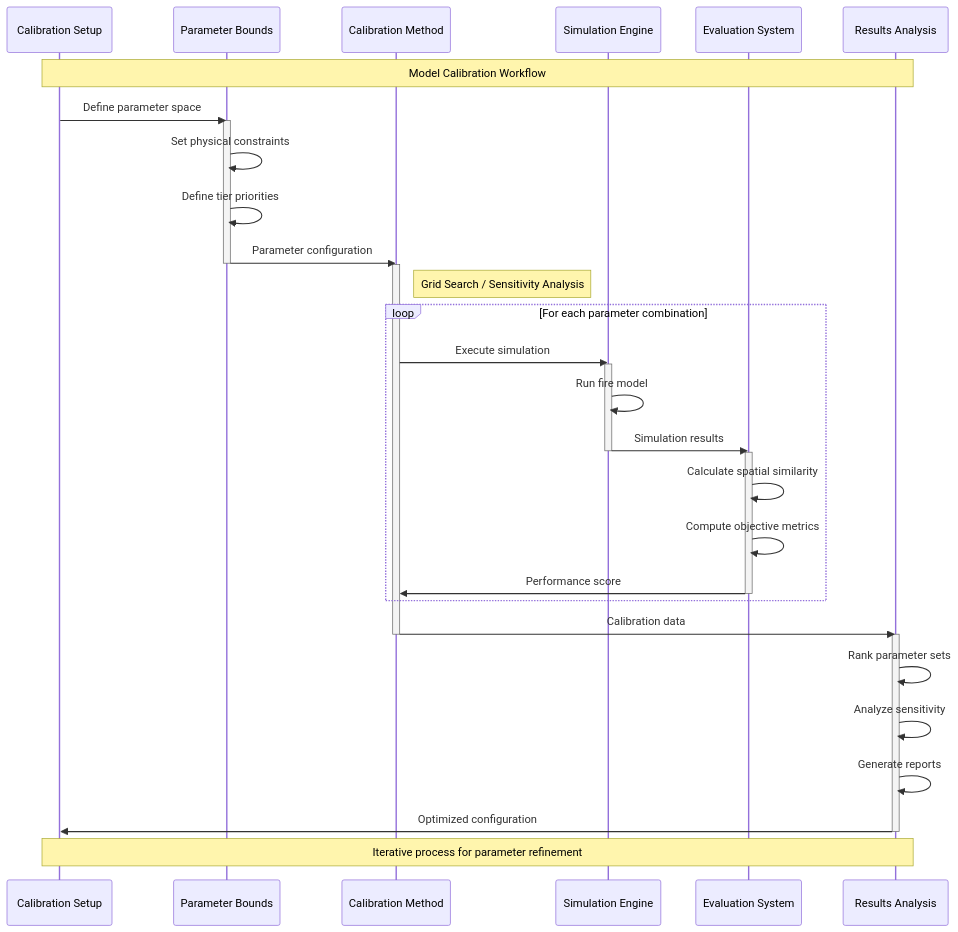
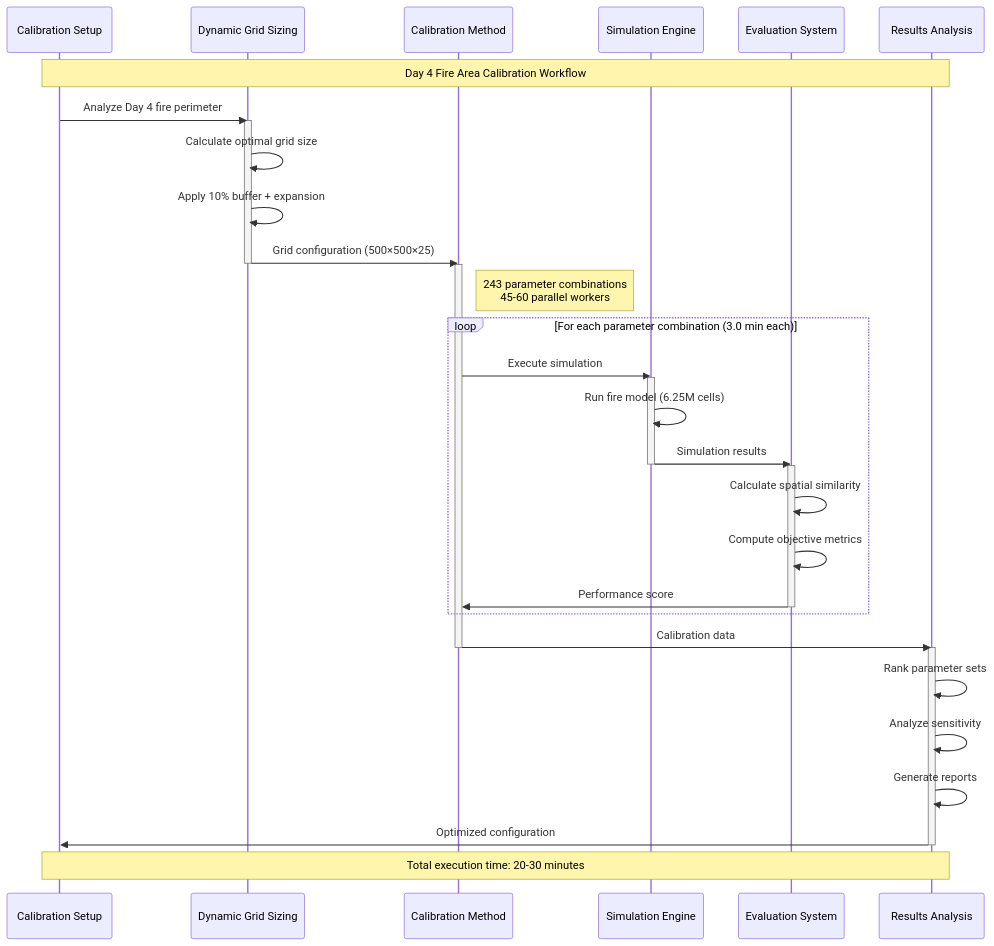
Before and after one commit to AndreasPaphitis/Forest-Fire-Simulation: the seventh of 19 diagrams in docs/COMPREHENSIVE_FOREST_FIRE_SIMULATION_WORKFLOW.md, drawn with Mermaid. The commit also changed other lines of this file and 13 other files, not shown here.

Commit message:
Fix verbose output and update documentation for Day 4 fire area calibration

````diff
--- a/docs/COMPREHENSIVE_FOREST_FIRE_SIMULATION_WORKFLOW.md
+++ b/docs/COMPREHENSIVE_FOREST_FIRE_SIMULATION_WORKFLOW.md
@@ -473,47 +414,47 @@
 ```mermaid
 sequenceDiagram
     participant Setup as Calibration Setup
-    participant Bounds as Parameter Bounds
+    participant Grid as Dynamic Grid Sizing
     participant Method as Calibration Method
     participant Sim as Simulation Engine
     participant Eval as Evaluation System
     participant Results as Results Analysis
     
-    Note over Setup,Results: Model Calibration Workflow
+    Note over Setup,Results: Day 4 Fire Area Calibration Workflow
     
-    Setup->>Bounds: Define parameter space
-    activate Bounds
-    Bounds->>Bounds: Set physical constraints
-    Bounds->>Bounds: Define tier priorities
-    Bounds->>Method: Parameter configuration
-    deactivate Bounds
+    Setup->>Grid: Analyze Day 4 fire perimeter
+    activate Grid
+    Grid->>Grid: Calculate optimal grid size
+    Grid->>Grid: Apply 10% buffer + expansion
+    Grid->>Method: Grid configuration (500×500×25)
+    deactivate Grid
     
     activate Method
-    Note right of Method: Grid Search / Sensitivity Analysis
+    Note right of Method: 243 parameter combinations<br/>45-60 parallel workers
     
-    loop For each parameter combination
+    loop For each parameter combination (3.0 min each)
         Method->>Sim: Execute simulation
         activate Sim
-        Sim->>Sim: Run fire model
+        Sim->>Sim: Run fire model (6.25M cells)
         Sim->>Eval: Simulation results
         deactivate Sim
         
         activate Eval
         Eval->>Eval: Calculate spatial similarity
         Eval->>Eval: Compute objective metrics
         Eval->>Method: Performance score
         deactivate Eval
     end
     
     Method->>Results: Calibration data
     deactivate Method
     
     activate Results
     Results->>Results: Rank parameter sets
     Results->>Results: Analyze sensitivity
     Results->>Results: Generate reports
     Results->>Setup: Optimized configuration
     deactivate Results
     
-    Note over Setup,Results: Iterative process for parameter refinement
+    Note over Setup,Results: Total execution time: 20-30 minutes
 ```
````
